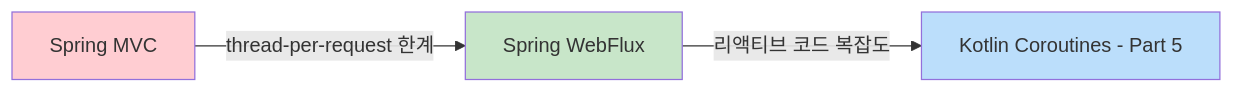
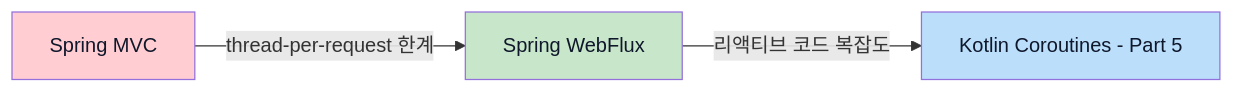
One commit to snowink1137/blog changed the fourth of 4 diagrams in src/content/blog/jvm-concurrency-model-4-spring-webflux.md. Above: the diagram before and after it, drawn with Mermaid. The commit also changed 17 other files, not shown here.

First line of the commit message:
mermaid 다크모드 대비 수정 — 파스텔 배경 노드의 글자색 명시

````diff
--- a/src/content/blog/jvm-concurrency-model-4-spring-webflux.md
+++ b/src/content/blog/jvm-concurrency-model-4-spring-webflux.md
@@ -637,9 +637,9 @@
 ```mermaid
 flowchart LR
     A[Spring MVC] -->|thread-per-request 한계| B[Spring WebFlux]
     B -->|리액티브 코드 복잡도| C[Kotlin Coroutines - Part 5]
 
-    style A fill:#ffcdd2
-    style B fill:#c8e6c9
-    style C fill:#bbdefb
+    style A fill:#ffcdd2,color:#0f172a
+    style B fill:#c8e6c9,color:#0f172a
+    style C fill:#bbdefb,color:#0f172a
 ```
````
